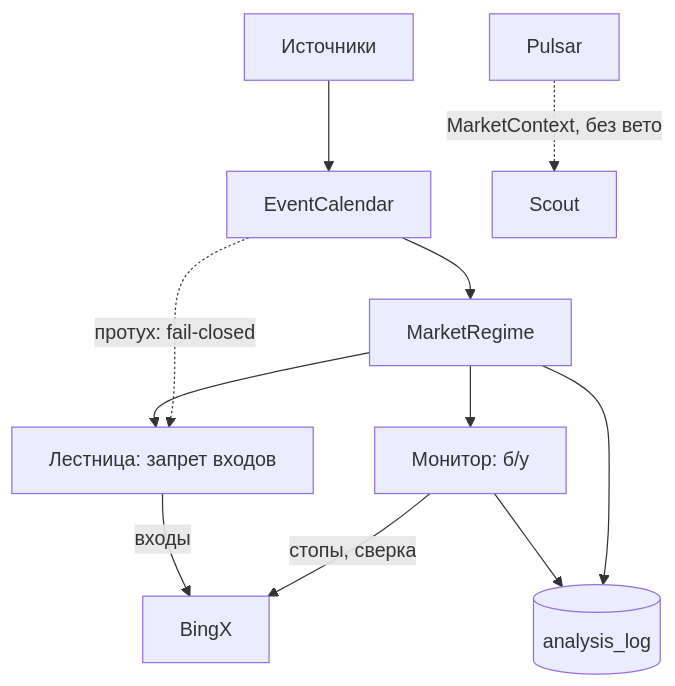
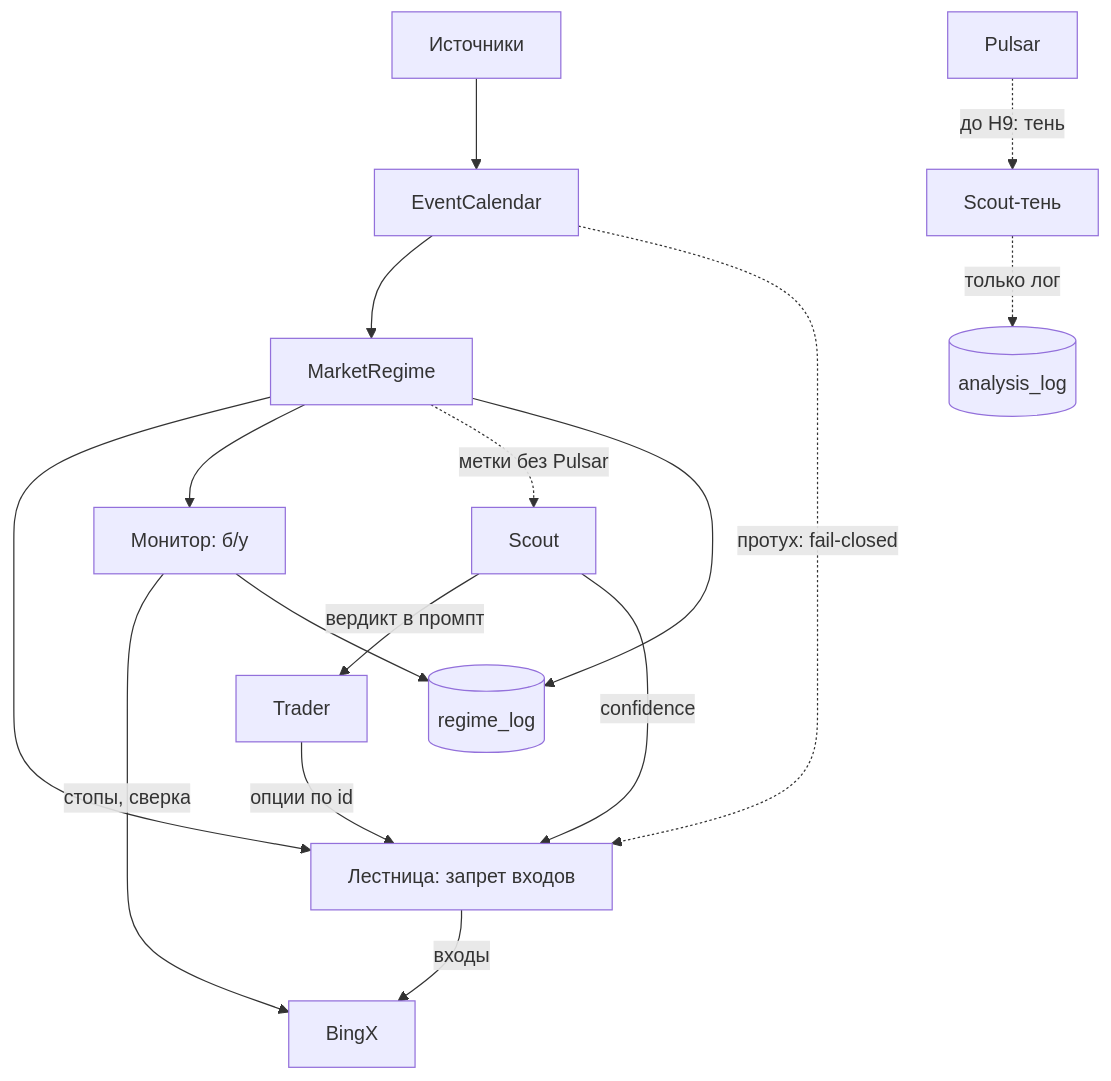
The first of 3 diagrams in vault/progress/Календарь событий в oskard без LLM, Pulsar — наблюдатель без вето (дизайн Sentinel).md (IvanBzz/OSKAR), drawn with Mermaid before and after one commit. The commit also changed other lines of this file and 2 other files, not shown here.

Commit message:
vault: Sentinel design (event calendar + Pulsar) finalized - critic 44 edits + verifier 14 fixes, linked from the idea note and drafts inbox

````diff
--- a/vault/progress/Календарь событий в oskard без LLM, Pulsar — наблюдатель без вето (дизайн Sentinel).md
+++ b/vault/progress/Календарь событий в oskard без LLM, Pulsar — наблюдатель без вето (дизайн Sentinel).md
@@ -233,14 +234,19 @@
 ```mermaid
 %%{init: {"themeVariables": {"fontSize": "16px"}, "flowchart": {"useMaxWidth": false}}}%%
 flowchart TB
   SRC["Источники"] --> CAL["EventCalendar"]
   CAL --> REG["MarketRegime"]
   REG --> LAD["Лестница: запрет входов"]
   REG --> MON["Монитор: б/у"]
   CAL -.->|"протух: fail-closed"| LAD
+  REG -.->|"метки без Pulsar"| SC["Scout"]
+  SC -->|"вердикт в промпт"| TR["Trader"]
+  SC -->|"confidence"| LAD
+  TR -->|"опции по id"| LAD
   LAD -->|"входы"| BX["BingX"]
   MON -->|"стопы, сверка"| BX
-  MON --> LOG[("analysis_log")]
+  MON --> LOG[("regime_log")]
   REG --> LOG
-  PUL["Pulsar"] -.->|"MarketContext, без вето"| SC["Scout"]
+  PUL["Pulsar"] -.->|"до H9: тень"| SH["Scout-тень"]
+  SH -.->|"только лог"| AL[("analysis_log")]
 ```
````
